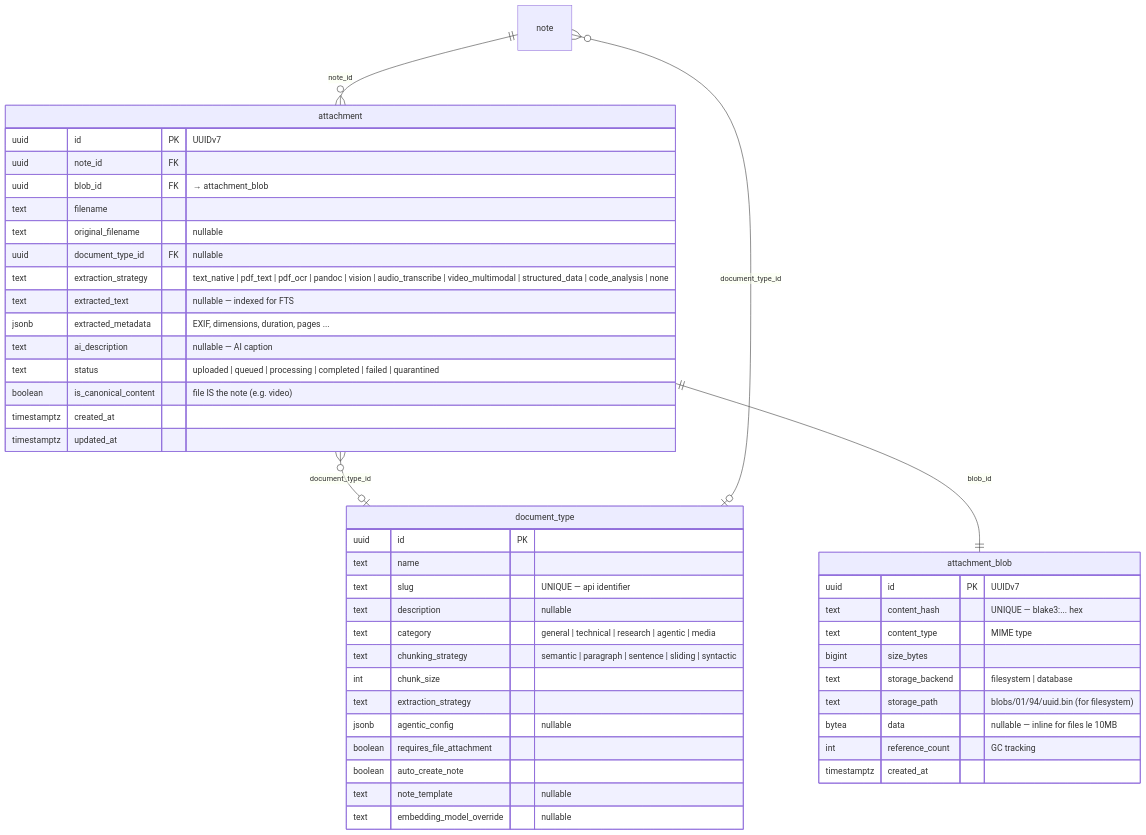
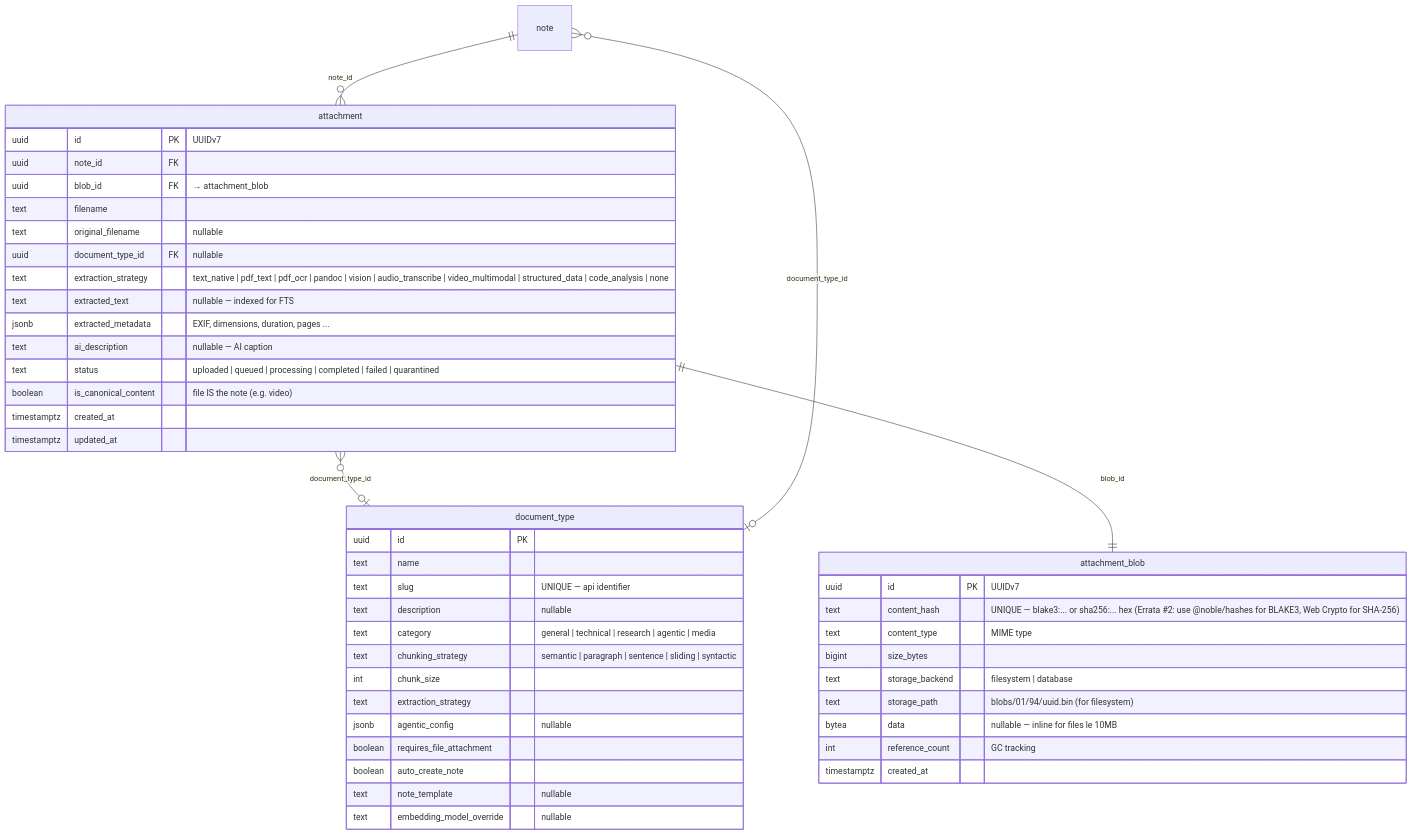
The fifth of 7 diagrams in .aiwg/intake/data-model.md (Fortemi/fortemi-react), drawn with Mermaid before and after one commit. The commit also changed 12 other files, not shown here.

First line of the commit message:
docs(arch): address errata #1-#5 and pivot to API-first architecture

````diff
--- a/.aiwg/intake/data-model.md
+++ b/.aiwg/intake/data-model.md
@@ -225,52 +225,52 @@
 ```mermaid
 erDiagram
     attachment {
         uuid id PK "UUIDv7"
         uuid note_id FK
         uuid blob_id FK "→ attachment_blob"
         text filename
         text original_filename "nullable"
         uuid document_type_id FK "nullable"
         text extraction_strategy "text_native | pdf_text | pdf_ocr | pandoc | vision | audio_transcribe | video_multimodal | structured_data | code_analysis | none"
         text extracted_text "nullable — indexed for FTS"
         jsonb extracted_metadata "EXIF, dimensions, duration, pages ..."
         text ai_description "nullable — AI caption"
         text status "uploaded | queued | processing | completed | failed | quarantined"
         boolean is_canonical_content "file IS the note (e.g. video)"
         timestamptz created_at
         timestamptz updated_at
     }
 
     attachment_blob {
         uuid id PK "UUIDv7"
-        text content_hash "UNIQUE — blake3:... hex"
+        text content_hash "UNIQUE — blake3:... or sha256:... hex (Errata #2: use @noble/hashes for BLAKE3, Web Crypto for SHA-256)"
         text content_type "MIME type"
         bigint size_bytes
         text storage_backend "filesystem | database"
         text storage_path "blobs/01/94/uuid.bin (for filesystem)"
         bytea data "nullable — inline for files le 10MB"
         int reference_count "GC tracking"
         timestamptz created_at
     }
 
     document_type {
         uuid id PK
         text name
         text slug "UNIQUE — api identifier"
         text description "nullable"
         text category "general | technical | research | agentic | media"
         text chunking_strategy "semantic | paragraph | sentence | sliding | syntactic"
         int chunk_size
         text extraction_strategy
         jsonb agentic_config "nullable"
         boolean requires_file_attachment
         boolean auto_create_note
         text note_template "nullable"
         text embedding_model_override "nullable"
     }
 
     attachment ||--|| attachment_blob : "blob_id"
     attachment }o--o| document_type : "document_type_id"
     note }o--o| document_type : "document_type_id"
     note ||--o{ attachment : "note_id"
 ```
````
